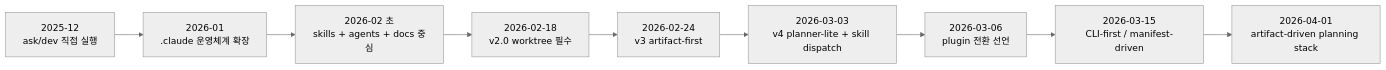
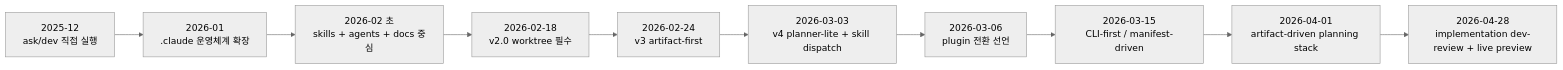
The first of 14 diagrams in docs/claude-code-workflow-evolution.md (SeoJaeWan/try-claude-code), drawn with Mermaid (neutral theme) before and after one commit. The commit also changed other lines of this file and 1 other file, not shown here.

Commit message:
docs(dev-review): update workflow docs for live preview

````diff
--- a/docs/claude-code-workflow-evolution.md
+++ b/docs/claude-code-workflow-evolution.md
@@ -34,14 +34,15 @@
 ```mermaid
 flowchart LR
     A["2025-12<br/>ask/dev 직접 실행"]
     B["2026-01<br/>.claude 운영체계 확장"]
     C["2026-02 초<br/>skills + agents + docs 중심"]
     D["2026-02-18<br/>v2.0 worktree 필수"]
     E["2026-02-24<br/>v3 artifact-first"]
     F["2026-03-03<br/>v4 planner-lite + skill dispatch"]
     G["2026-03-06<br/>plugin 전환 선언"]
     H["2026-03-15<br/>CLI-first / manifest-driven"]
     I["2026-04-01<br/>artifact-driven planning stack"]
+    J["2026-04-28<br/>implementation dev-review + live preview"]
 
-    A --> B --> C --> D --> E --> F --> G --> H --> I
+    A --> B --> C --> D --> E --> F --> G --> H --> I --> J
 ```
````
